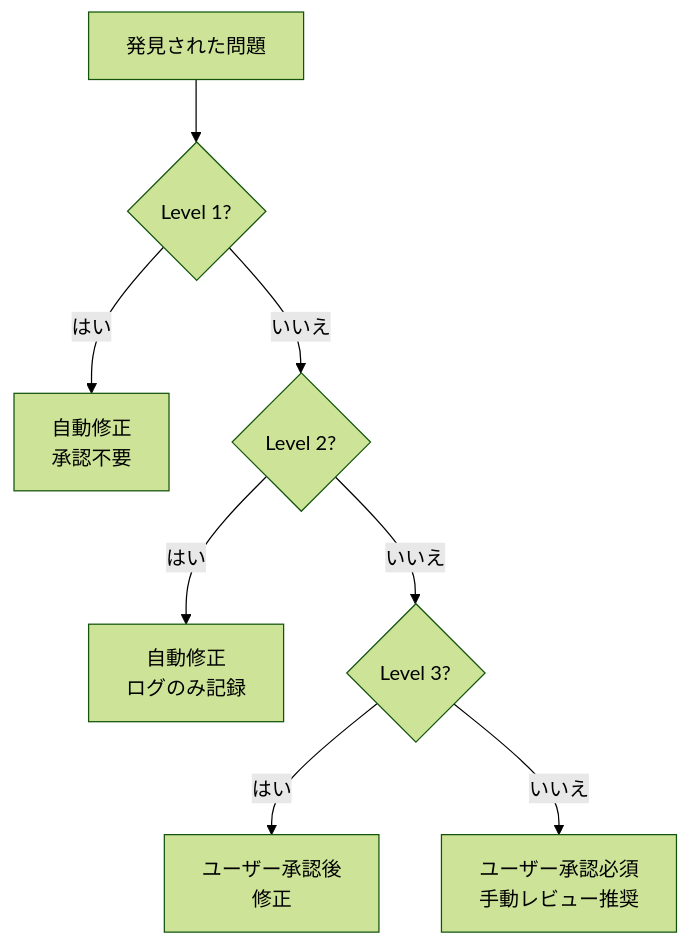
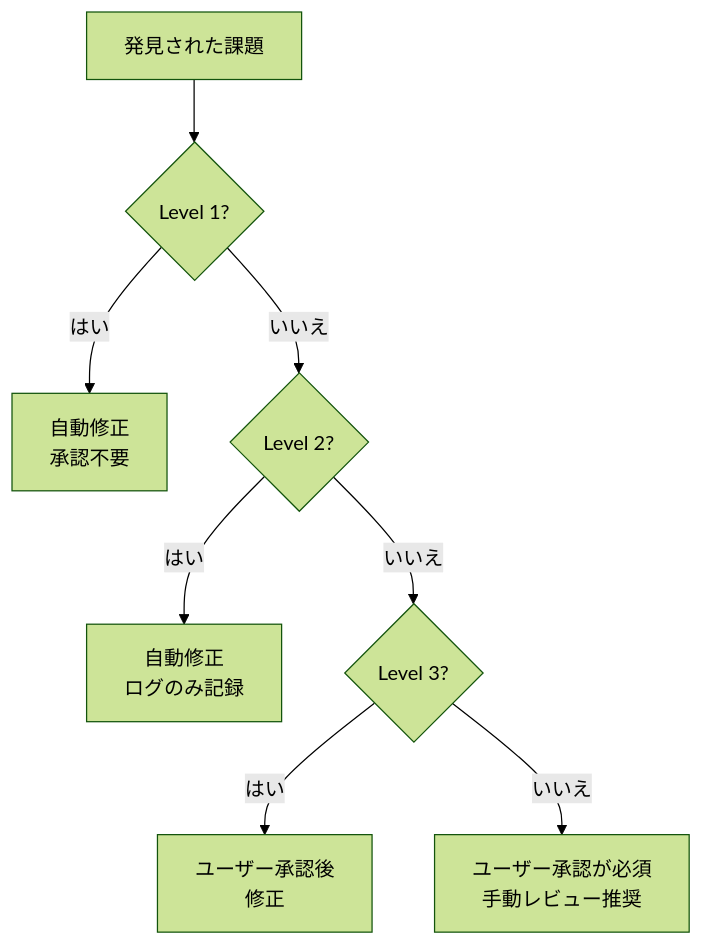
The second of 3 diagrams in docs-site/content/ja/utility-commands/moai-fix.md (modu-ai/moai-adk), drawn with Mermaid (forest theme) before and after one commit. The commit also changed other lines of this file and 180 other files, not shown here.

````diff
--- a/docs-site/content/ja/utility-commands/moai-fix.md
+++ b/docs-site/content/ja/utility-commands/moai-fix.md
@@ -116,10 +114,10 @@
 ```mermaid
 flowchart TD
-    Issue[発見された問題] --> L1{Level 1?}
+    Issue[発見された課題] --> L1{Level 1?}
     L1 -->|はい| Auto1["自動修正<br/>承認不要"]
     L1 -->|いいえ| L2{Level 2?}
     L2 -->|はい| Auto2["自動修正<br/>ログのみ記録"]
     L2 -->|いいえ| L3{Level 3?}
     L3 -->|はい| Approve3["ユーザー承認後<br/>修正"]
-    L3 -->|いいえ| Approve4["ユーザー承認必須<br/>手動レビュー推奨"]
+    L3 -->|いいえ| Approve4["ユーザー承認が必須<br/>手動レビュー推奨"]
 ```
````
